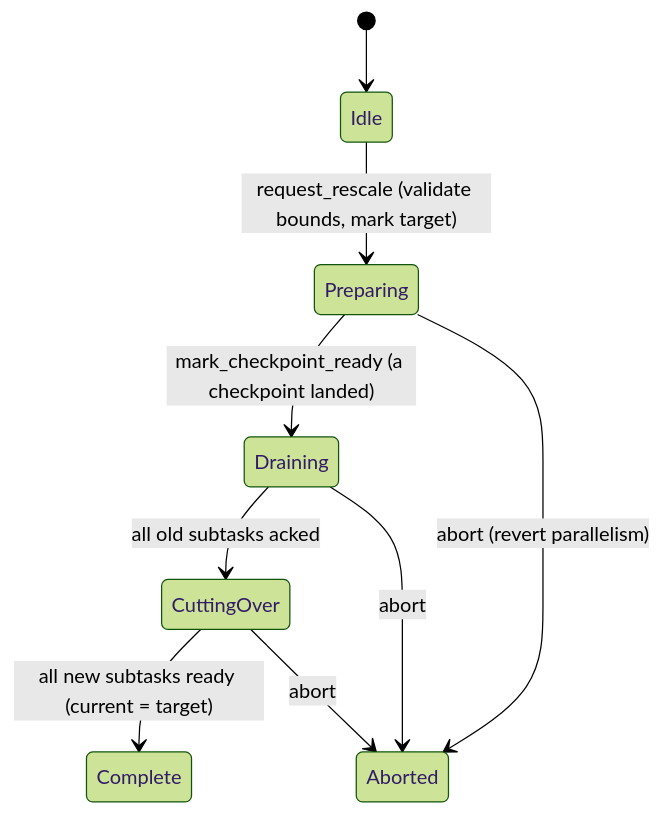
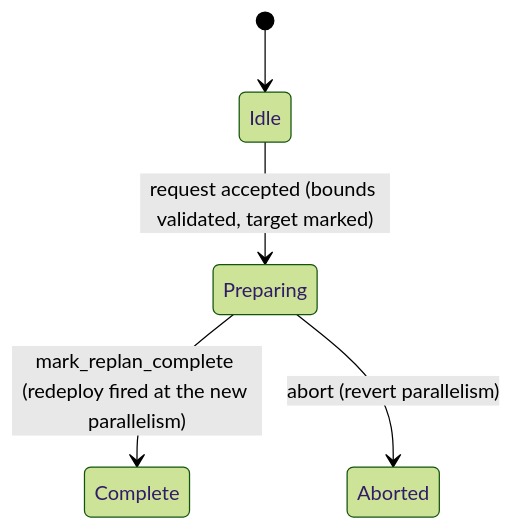
The second of 2 diagrams in docs/internals/fault-tolerance-and-rescale.md (orhaugh/clink), drawn with Mermaid (forest theme) before and after one commit. The commit also changed other lines of this file and 17 other files, not shown here.

First line of the commit message:
feat(cluster): change a running job's parallelism by replanning from its graph

````diff
--- a/docs/internals/fault-tolerance-and-rescale.md
+++ b/docs/internals/fault-tolerance-and-rescale.md
@@ -96,11 +117,7 @@
 ```mermaid
 stateDiagram-v2
   [*] --> Idle
-  Idle --> Preparing: request_rescale (validate bounds, mark target)
-  Preparing --> Draining: mark_checkpoint_ready (a checkpoint landed)
-  Draining --> CuttingOver: all old subtasks acked
-  CuttingOver --> Complete: all new subtasks ready (current = target)
+  Idle --> Preparing: request accepted (bounds validated, target marked)
+  Preparing --> Complete: mark_replan_complete (redeploy fired at the new parallelism)
   Preparing --> Aborted: abort (revert parallelism)
-  Draining --> Aborted: abort
-  CuttingOver --> Aborted: abort
 ```
````
